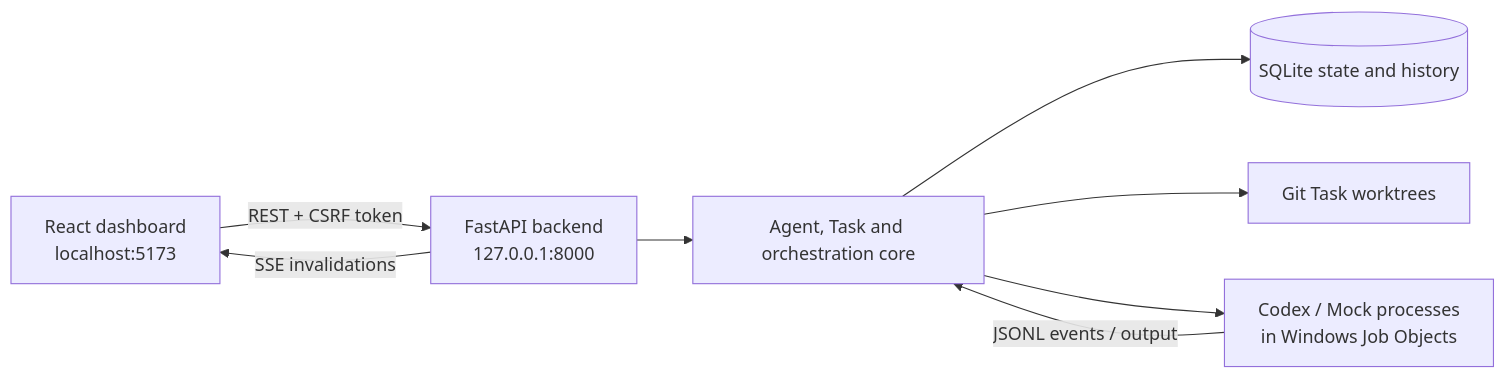
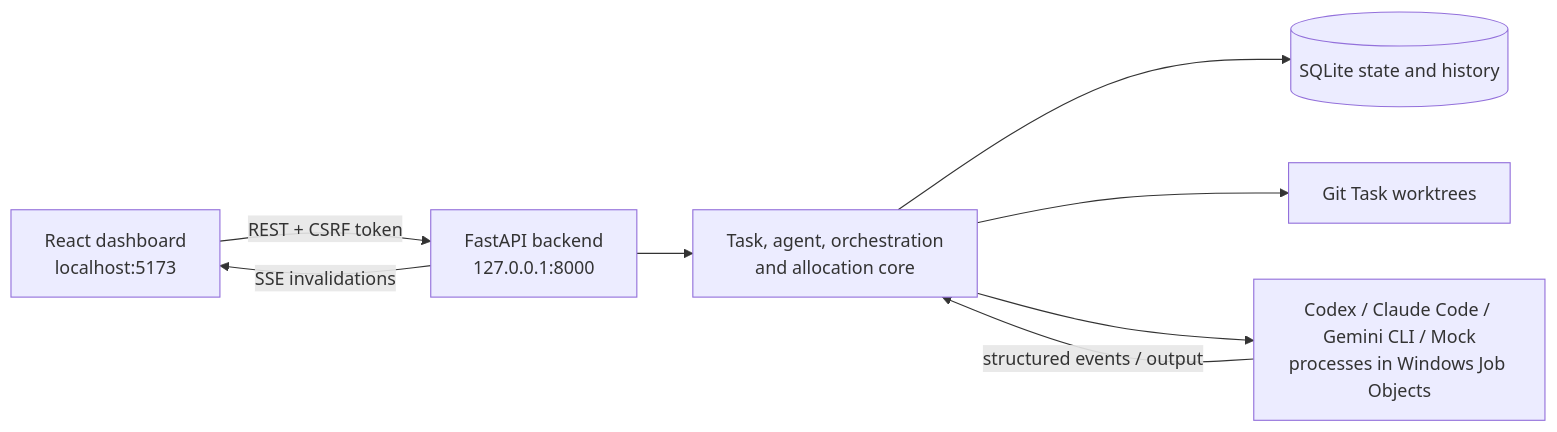
Before and after one commit to amit22882036-ship-it/ai-agent-control-center: the diagram in README.md, drawn with Mermaid. The commit also changed other lines of this file and 130 other files, not shown here.

````diff
--- a/README.md
+++ b/README.md
@@ -60,10 +79,10 @@
 ```mermaid
 flowchart LR
     UI[React dashboard<br/>localhost:5173] -->|REST + CSRF token| API[FastAPI backend<br/>127.0.0.1:8000]
     API -->|SSE invalidations| UI
-    API --> Core[Agent, Task and orchestration core]
+    API --> Core[Task, agent, orchestration<br/>and allocation core]
     Core --> DB[(SQLite state and history)]
     Core --> WS[Git Task worktrees]
-    Core --> Workers[Codex / Mock processes<br/>in Windows Job Objects]
-    Workers -->|JSONL events / output| Core
+    Core --> Workers[Codex / Claude Code / Gemini CLI / Mock<br/>processes in Windows Job Objects]
+    Workers -->|structured events / output| Core
 ```
````
